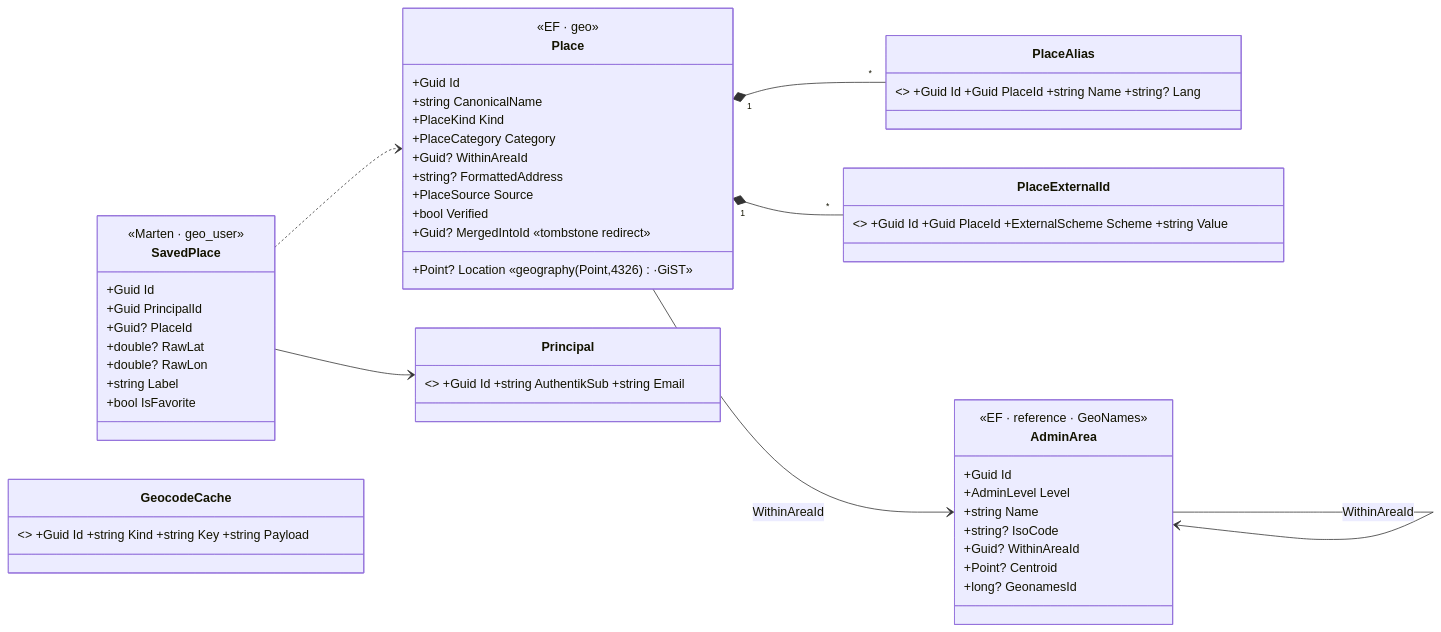
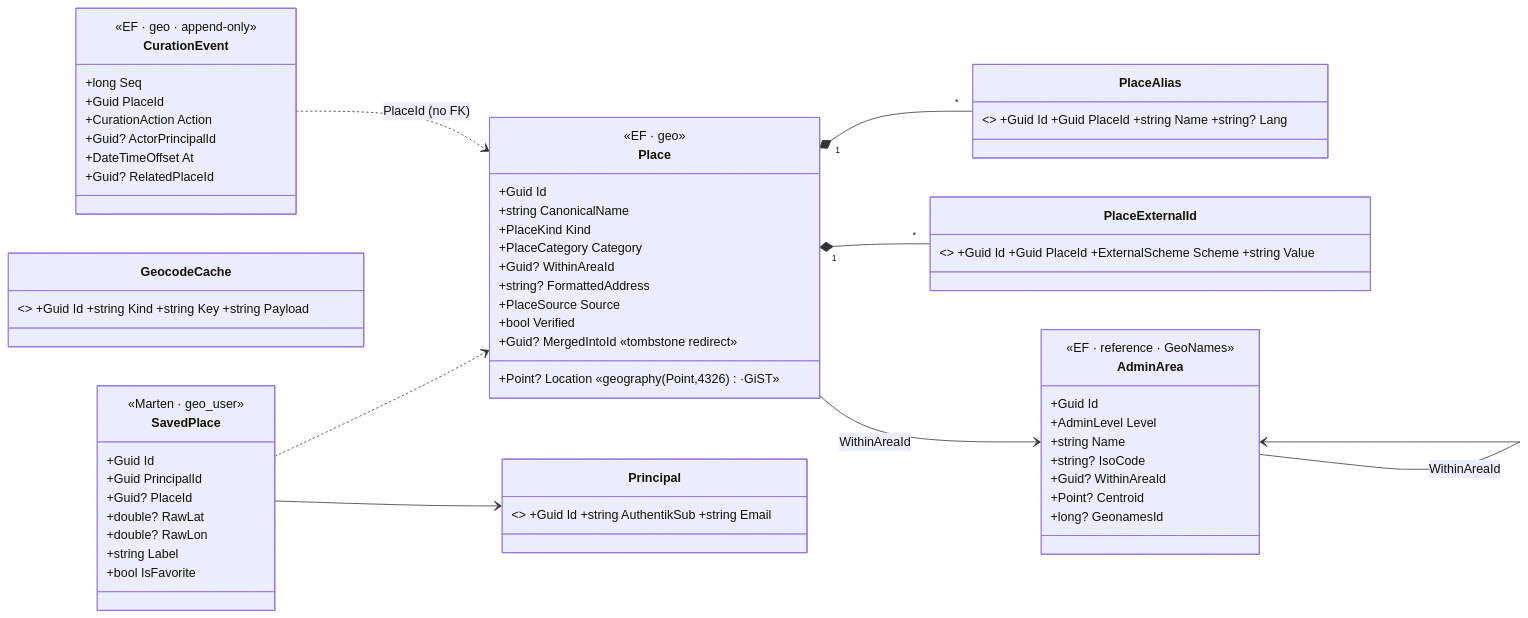
The diagram in docs/architecture.md (danbro96/LupiraGeoApi), drawn with Mermaid before and after one commit. The commit also changed other lines of this file and 14 other files, not shown here.

First line of the commit message:
places: curation audit log + saved-place optimistic concurrency; ES conventions

````diff
--- a/docs/architecture.md
+++ b/docs/architecture.md
@@ -45,47 +45,57 @@
 ```mermaid
 classDiagram
     direction LR
     class Place {
         <<EF · geo>>
         +Guid Id
         +string CanonicalName
         +PlaceKind Kind
         +PlaceCategory Category
         +Point? Location  «geography(Point,4326)·GiST»
         +Guid? WithinAreaId
         +string? FormattedAddress
         +PlaceSource Source
         +bool Verified
         +Guid? MergedIntoId  «tombstone redirect»
     }
     class PlaceAlias { <<EF>> +Guid Id +Guid PlaceId +string Name +string? Lang }
     class PlaceExternalId { <<EF>> +Guid Id +Guid PlaceId +ExternalScheme Scheme +string Value }
     class AdminArea {
         <<EF · reference · GeoNames>>
         +Guid Id
         +AdminLevel Level
         +string Name
         +string? IsoCode
         +Guid? WithinAreaId
         +Point? Centroid
         +long? GeonamesId
     }
     class SavedPlace {
         <<Marten · geo_user>>
         +Guid Id
         +Guid PrincipalId
         +Guid? PlaceId
         +double? RawLat
         +double? RawLon
         +string Label
         +bool IsFavorite
     }
     class GeocodeCache { <<Marten · geo_user>> +Guid Id +string Kind +string Key +string Payload }
     class Principal { <<Marten · geo_user>> +Guid Id +string AuthentikSub +string Email }
+    class CurationEvent {
+        <<EF · geo · append-only>>
+        +long Seq
+        +Guid PlaceId
+        +CurationAction Action
+        +Guid? ActorPrincipalId
+        +DateTimeOffset At
+        +Guid? RelatedPlaceId
+    }
     Place --> AdminArea : WithinAreaId
     Place "1" *-- "*" PlaceAlias
     Place "1" *-- "*" PlaceExternalId
     AdminArea --> AdminArea : WithinAreaId
     SavedPlace ..> Place
     SavedPlace --> Principal
+    CurationEvent ..> Place : PlaceId (no FK)
 ```
````
